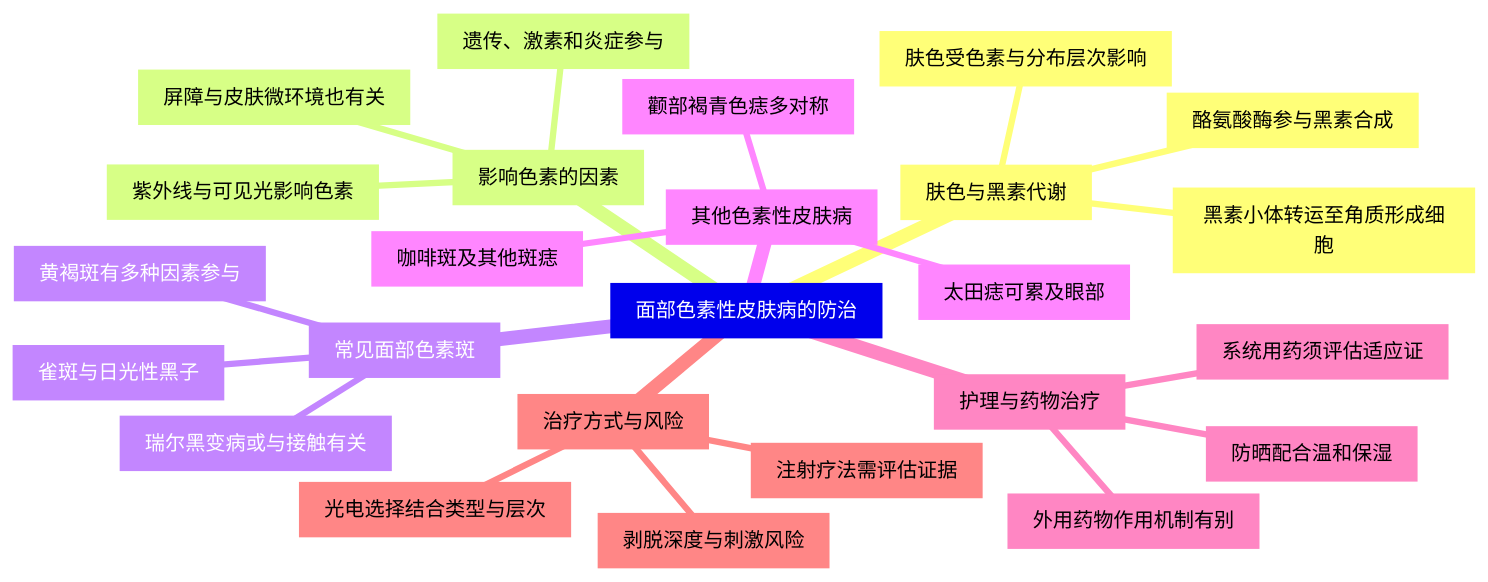
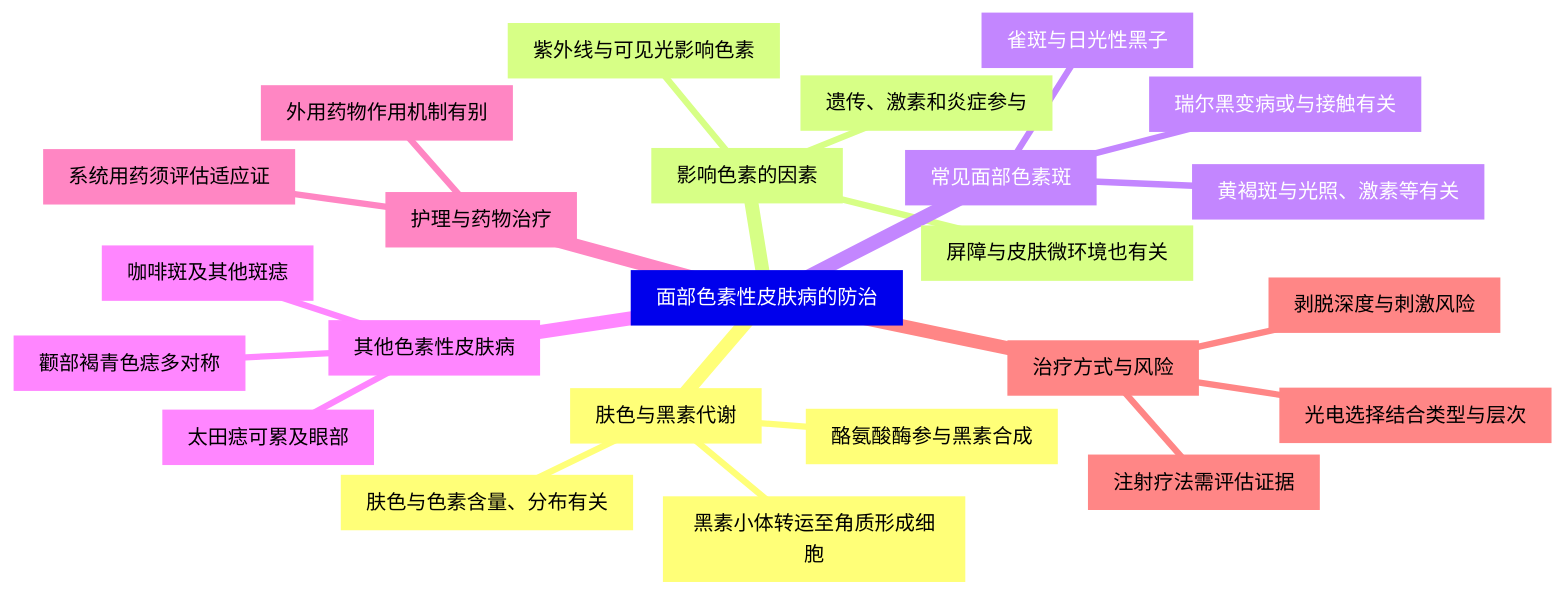
One commit to hanson2017ear/skin-barrier-skincare-course changed the diagram in docs/assets/lessons/facial-pigmentation.mmd. Above: the diagram before and after it, drawn with Mermaid. The commit also changed 54 other files, not shown here.

Commit message:
Correct course chronology and teaching attribution; refine notes and diagrams

```diff
--- a/docs/assets/lessons/facial-pigmentation.mmd
+++ b/docs/assets/lessons/facial-pigmentation.mmd
@@ -1,26 +1,25 @@
 mindmap
   root["面部色素性皮肤病的防治"]
     b1["肤色与黑素代谢"]
-      b1n1["肤色受色素与分布层次影响"]
+      b1n1["肤色与色素含量、分布有关"]
       b1n2["酪氨酸酶参与黑素合成"]
       b1n3["黑素小体转运至角质形成细胞"]
     b2["影响色素的因素"]
       b2n1["紫外线与可见光影响色素"]
       b2n2["遗传、激素和炎症参与"]
       b2n3["屏障与皮肤微环境也有关"]
     b3["常见面部色素斑"]
-      b3n1["黄褐斑有多种因素参与"]
+      b3n1["黄褐斑与光照、激素等有关"]
       b3n2["雀斑与日光性黑子"]
       b3n3["瑞尔黑变病或与接触有关"]
     b4["其他色素性皮肤病"]
       b4n1["太田痣可累及眼部"]
       b4n2["颧部褐青色痣多对称"]
       b4n3["咖啡斑及其他斑痣"]
     b5["护理与药物治疗"]
-      b5n1["防晒配合温和保湿"]
-      b5n2["外用药物作用机制有别"]
-      b5n3["系统用药须评估适应证"]
+      b5n1["外用药物作用机制有别"]
+      b5n2["系统用药须评估适应证"]
     b6["治疗方式与风险"]
       b6n1["剥脱深度与刺激风险"]
       b6n2["注射疗法需评估证据"]
       b6n3["光电选择结合类型与层次"]
```
